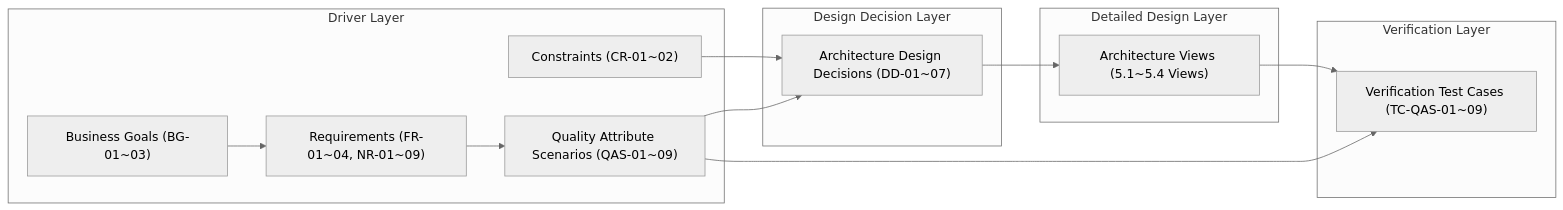
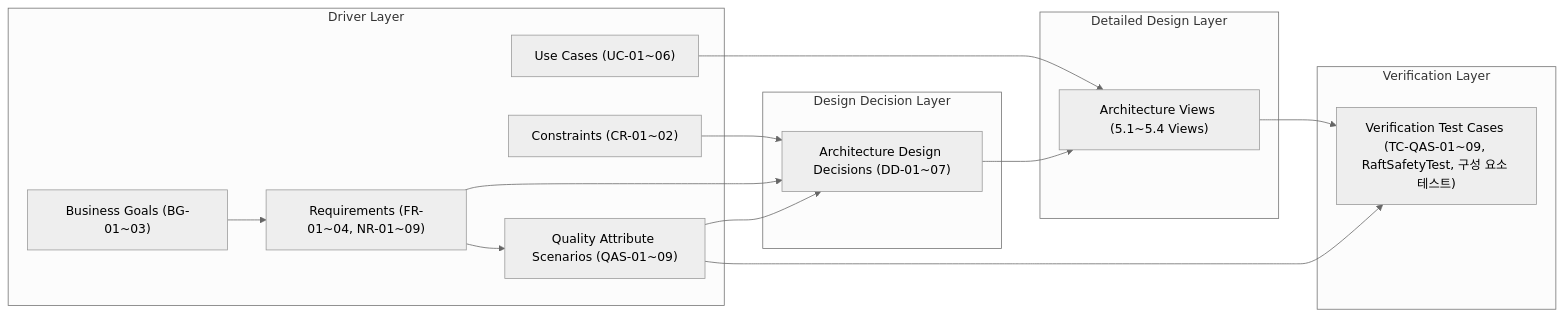
The diagram in ArchitectureSpecification/6. Architecture Evaluation/6.1 Traceability Summary.md (reddiana/a-cert), drawn with Mermaid (neutral theme) before and after one commit. The commit also changed other lines of this file and 49 other files, not shown here.

````diff
--- a/ArchitectureSpecification/6. Architecture Evaluation/6.1 Traceability Summary.md
+++ b/ArchitectureSpecification/6. Architecture Evaluation/6.1 Traceability Summary.md
@@ -7,29 +7,32 @@
 ```mermaid
 flowchart LR
     subgraph "Driver Layer"
         BG["Business Goals (BG-01~03)"]
         CR["Constraints (CR-01~02)"]
         REQ["Requirements (FR-01~04, NR-01~09)"]
+        UC["Use Cases (UC-01~06)"]
         QAS["Quality Attribute Scenarios (QAS-01~09)"]
     end
 
     subgraph "Design Decision Layer"
         DD["Architecture Design Decisions (DD-01~07)"]
     end
 
     subgraph "Detailed Design Layer"
         VIEWS["Architecture Views (5.1~5.4 Views)"]
     end
 
     subgraph "Verification Layer"
-        TC["Verification Test Cases (TC-QAS-01~09)"]
+        TC["Verification Test Cases (TC-QAS-01~09, RaftSafetyTest, 구성 요소 테스트)"]
     end
 
     BG --> REQ
     CR --> DD
     REQ --> QAS
+    REQ --> DD
     QAS --> DD
+    UC --> VIEWS
     DD --> VIEWS
     VIEWS --> TC
     QAS --> TC
 ```
````
